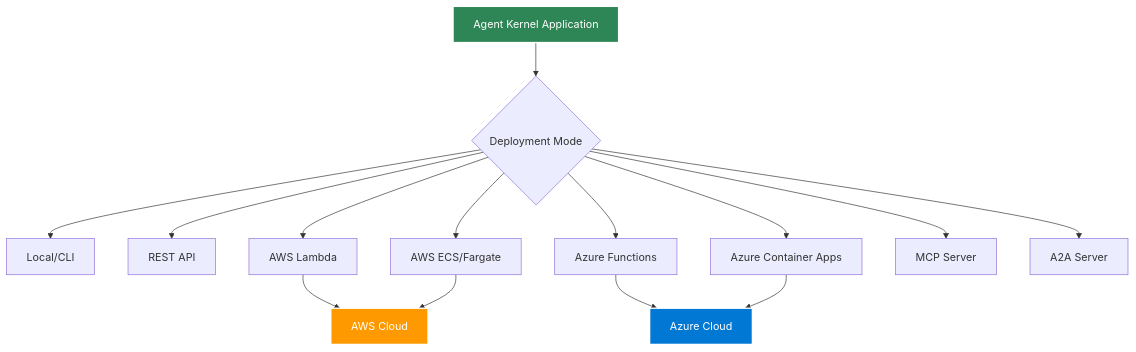
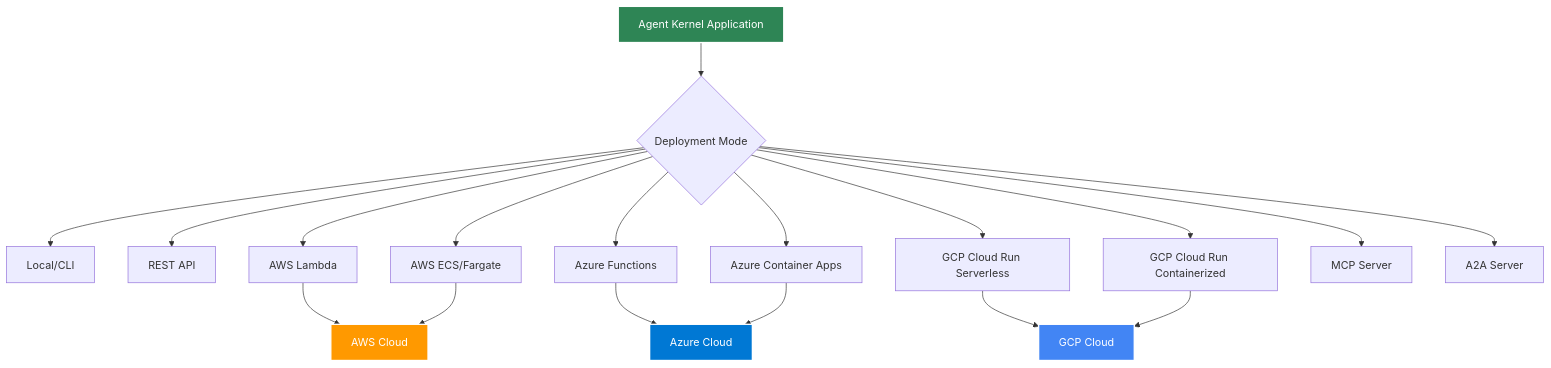
One commit to yaalalabs/agent-kernel changed the diagram in docs/docs/deployment/overview.md. Above: the diagram before and after it, drawn with Mermaid. The commit also changed other lines of this file and 13 other files, not shown here.

````diff
--- a/docs/docs/deployment/overview.md
+++ b/docs/docs/deployment/overview.md
@@ -11,21 +11,26 @@
 ```mermaid
 graph TB
     A[Agent Kernel Application] --> B{Deployment Mode}
     B --> C[Local/CLI]
     B --> D[REST API]
     B --> E[AWS Lambda]
     B --> F[AWS ECS/Fargate]
     B --> G[Azure Functions]
     B --> H[Azure Container Apps]
-    B --> I[MCP Server]
-    B --> J[A2A Server]
+    B --> I[GCP Cloud Run Serverless]
+    B --> J[GCP Cloud Run Containerized]
+    B --> K[MCP Server]
+    B --> L[A2A Server]
     
-    E --> K[AWS Cloud]
-    F --> K
-    G --> L[Azure Cloud]
-    H --> L
+    E --> M[AWS Cloud]
+    F --> M
+    G --> N[Azure Cloud]
+    H --> N
+    I --> O[GCP Cloud]
+    J --> O
     
     style A fill:#2e8555,stroke:#fff,stroke-width:2px,color:#fff
-    style K fill:#FF9900,stroke:#fff,stroke-width:2px,color:#fff
-    style L fill:#0078D4,stroke:#fff,stroke-width:2px,color:#fff
+    style M fill:#FF9900,stroke:#fff,stroke-width:2px,color:#fff
+    style N fill:#0078D4,stroke:#fff,stroke-width:2px,color:#fff
+    style O fill:#4285F4,stroke:#fff,stroke-width:2px,color:#fff
 ```
````
